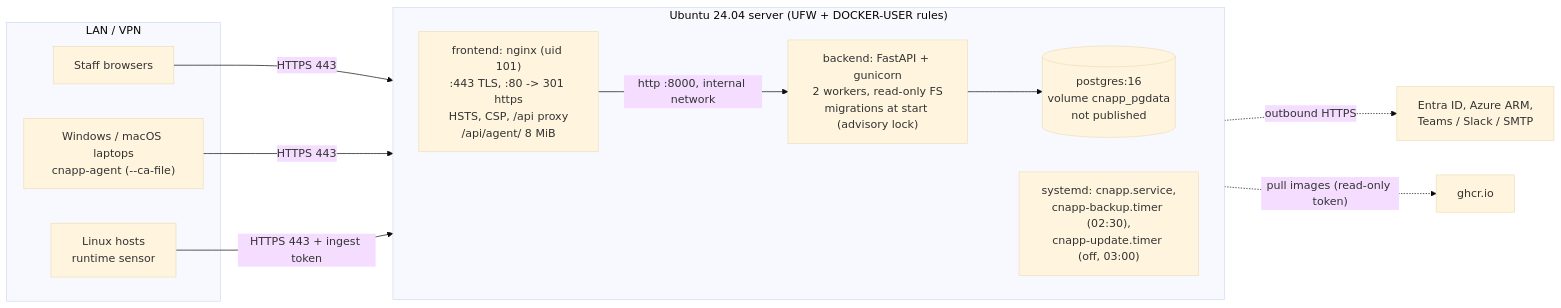
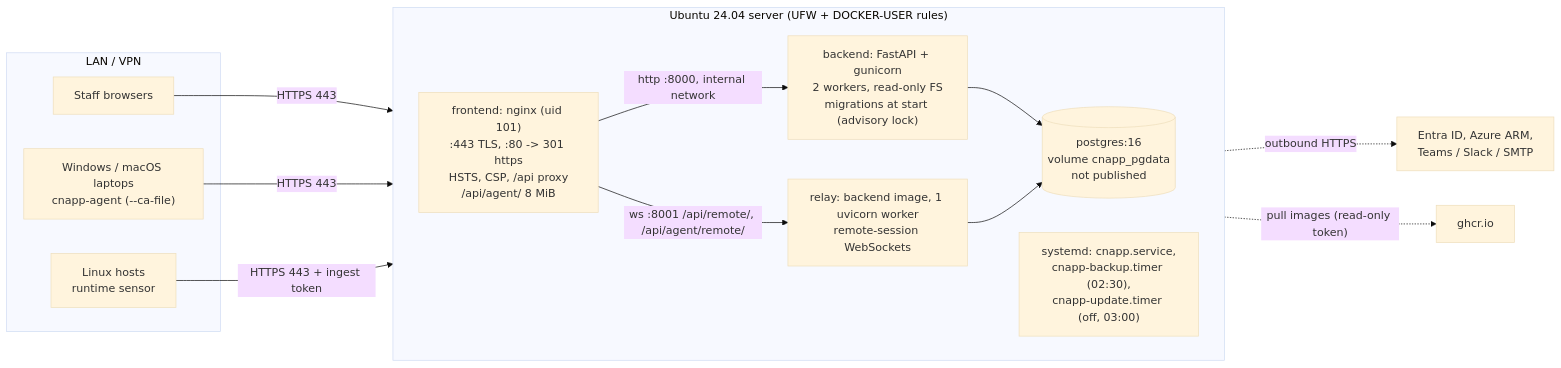
One commit to Amechi-demigod/CloudSecurity changed the diagram in docs/DEPLOY_ONPREM.md. Above: the diagram before and after it, drawn with Mermaid (base theme). The commit also changed other lines of this file and 11 other files, not shown here.

````diff
--- a/docs/DEPLOY_ONPREM.md
+++ b/docs/DEPLOY_ONPREM.md
@@ -64,22 +64,25 @@
 ```mermaid
 flowchart LR
   subgraph Clients["LAN / VPN"]
     B["Staff browsers"]
     L["Windows / macOS laptops<br/>cnapp-agent (--ca-file)"]
     S["Linux hosts<br/>runtime sensor"]
   end
   subgraph Server["Ubuntu 24.04 server (UFW + DOCKER-USER rules)"]
     direction LR
     N["frontend: nginx (uid 101)<br/>:443 TLS, :80 -> 301 https<br/>HSTS, CSP, /api proxy<br/>/api/agent/ 8 MiB"]
     A["backend: FastAPI + gunicorn<br/>2 workers, read-only FS<br/>migrations at start (advisory lock)"]
+    R["relay: backend image, 1 uvicorn worker<br/>remote-session WebSockets"]
     P[("postgres:16<br/>volume cnapp_pgdata<br/>not published")]
     N -->|"http :8000, internal network"| A
+    N -->|"ws :8001 /api/remote/, /api/agent/remote/"| R
     A --> P
+    R --> P
     T["systemd: cnapp.service,<br/>cnapp-backup.timer (02:30),<br/>cnapp-update.timer (off, 03:00)"]
   end
   B -->|HTTPS 443| N
   L -->|HTTPS 443| N
   S -->|"HTTPS 443 + ingest token"| N
   A -.->|"outbound HTTPS"| X["Entra ID, Azure ARM,<br/>Teams / Slack / SMTP"]
   Server -.->|"pull images (read-only token)"| G["ghcr.io"]
 ```
````
